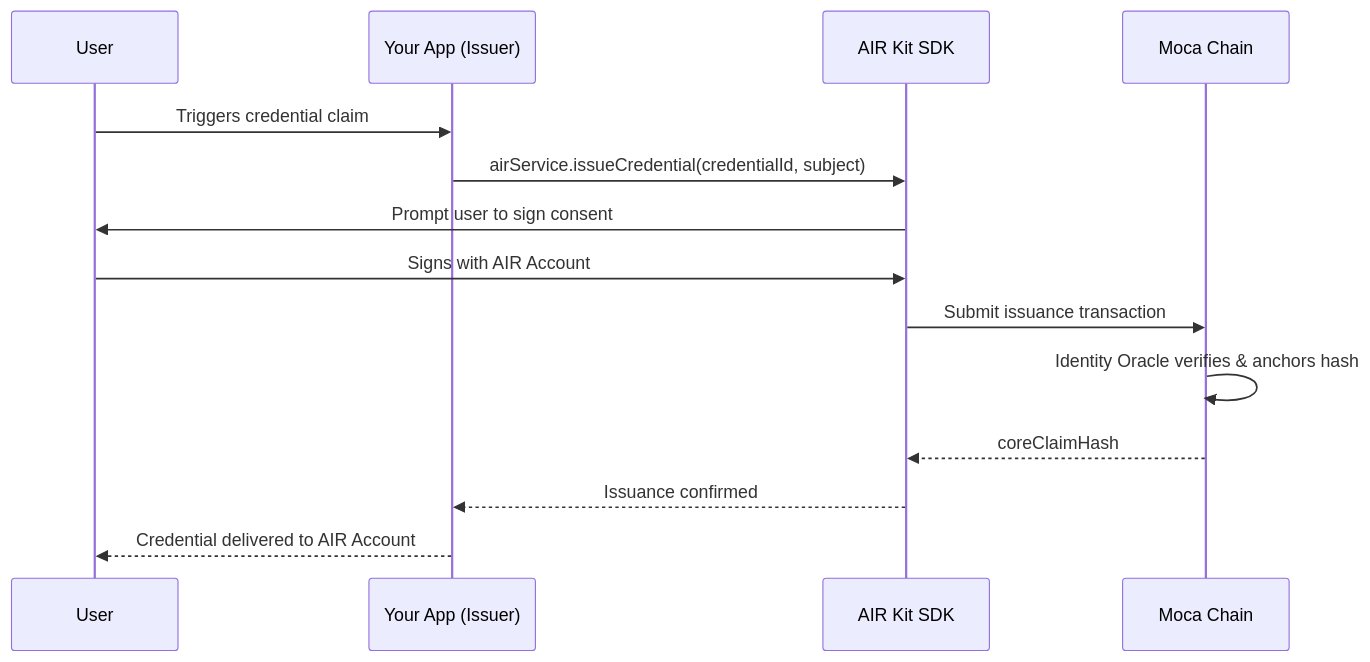
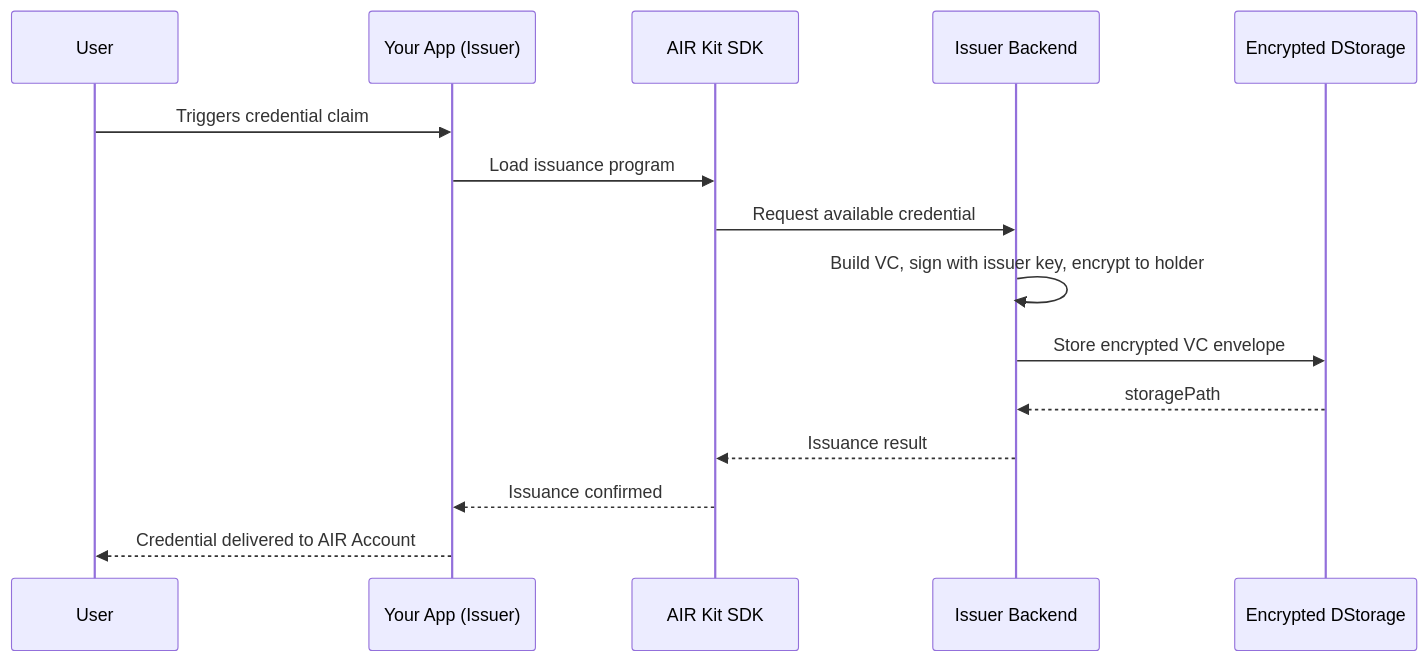
The third of 6 diagrams in airkit/guides/overview.mdx (MocaNetwork/docs), drawn with Mermaid before and after one commit. The commit also changed other lines of this file and 41 other files, not shown here.

First line of the commit message:
Upgrade docs for signature-based, issuer-sovereign architecture (#22)

````diff
--- a/airkit/guides/overview.mdx
+++ b/airkit/guides/overview.mdx
@@ -63,17 +63,18 @@
 ```mermaid
 sequenceDiagram
     participant U as User
     participant App as Your App (Issuer)
     participant SDK as AIR Kit SDK
-    participant Chain as Moca Chain
+    participant Iss as Issuer Backend
+    participant DS as Encrypted DStorage
 
     U->>App: Triggers credential claim
-    App->>SDK: airService.issueCredential(credentialId, subject)
-    SDK->>U: Prompt user to sign consent
-    U->>SDK: Signs with AIR Account
-    SDK->>Chain: Submit issuance transaction
-    Chain->>Chain: Identity Oracle verifies & anchors hash
-    Chain-->>SDK: coreClaimHash
+    App->>SDK: Load issuance program
+    SDK->>Iss: Request available credential
+    Iss->>Iss: Build VC, sign with issuer key, encrypt to holder
+    Iss->>DS: Store encrypted VC envelope
+    DS-->>Iss: storagePath
+    Iss-->>SDK: Issuance result
     SDK-->>App: Issuance confirmed
     App-->>U: Credential delivered to AIR Account
 ```
````
